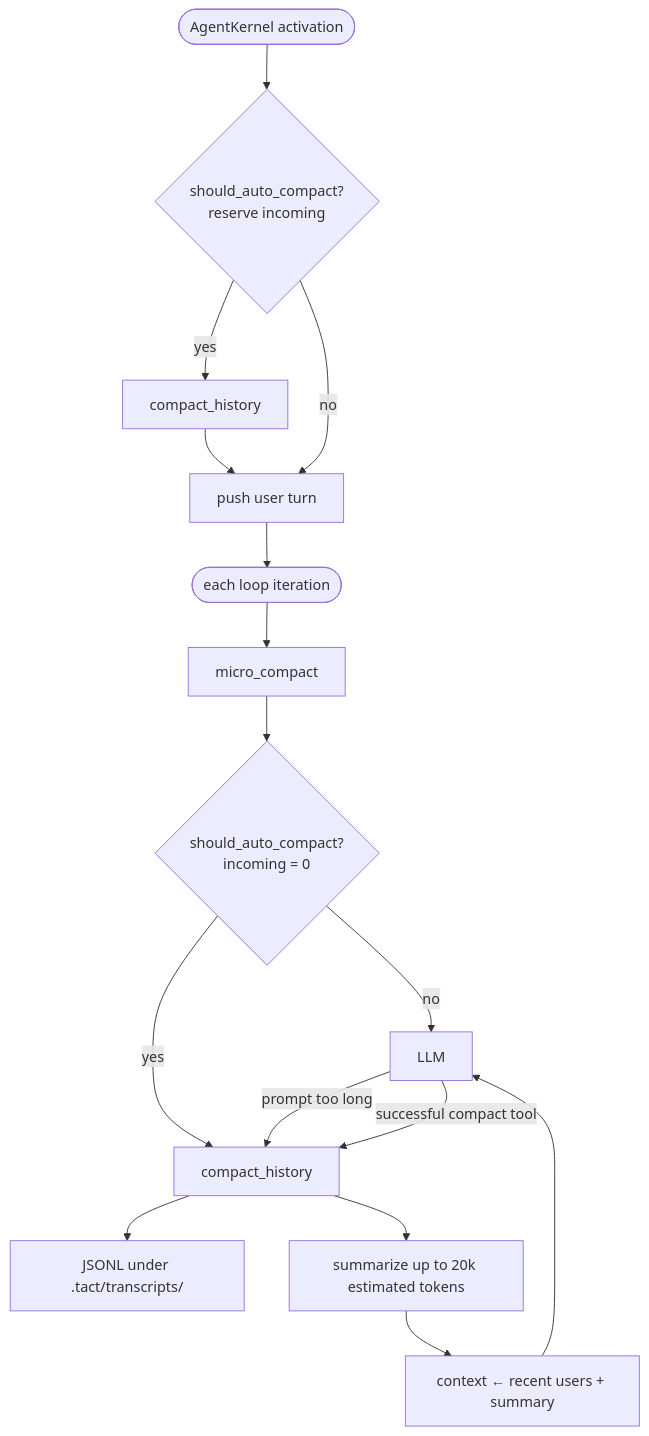
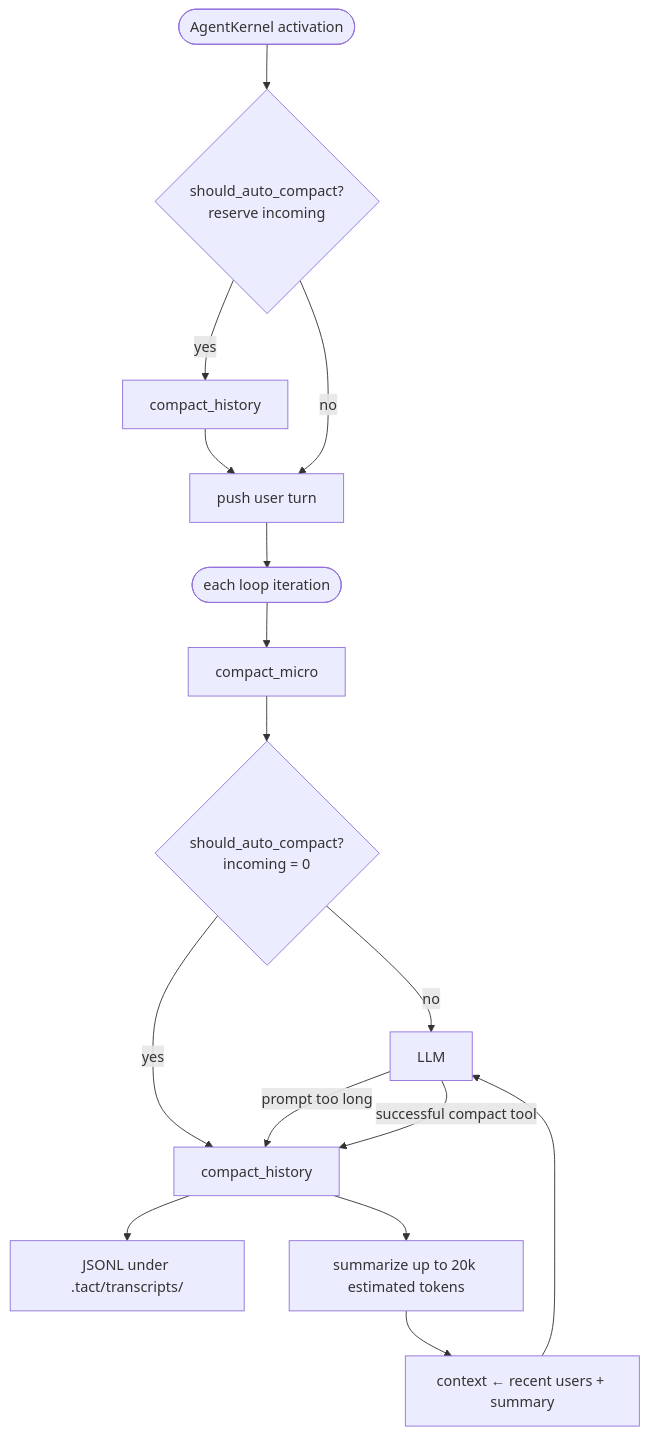
Before and after one commit to rust-infra/tact: the diagram in docs/compaction.md, drawn with Mermaid. The commit also changed other lines of this file and 60 other files, not shown here.

First line of the commit message:
fix(compact): delete the unreachable micro_compact pass, and make its switch work (#139)

````diff
--- a/docs/compaction.md
+++ b/docs/compaction.md
@@ -23,18 +23,18 @@
 ```mermaid
 flowchart TB
     Entry([AgentKernel activation]) --> EntryEst{should_auto_compact?<br/>reserve incoming}
     EntryEst -->|yes| EntryCH[compact_history]
     EntryCH --> Push[push user turn]
     EntryEst -->|no| Push
     Push --> Turn([each loop iteration])
-    Turn --> MC[micro_compact]
+    Turn --> MC[compact_micro]
     MC --> Est{should_auto_compact?<br/>incoming = 0}
     Est -->|no| Prompt[LLM]
     Est -->|yes| CH[compact_history]
     Prompt -->|prompt too long| CH
     Prompt -->|successful compact tool| CH
     CH --> Transcript[JSONL under .tact/transcripts/]
     CH --> Sum[summarize up to 20k estimated tokens]
     Sum --> Replace[context ← recent users + summary]
     Replace --> Prompt
 ```
````
